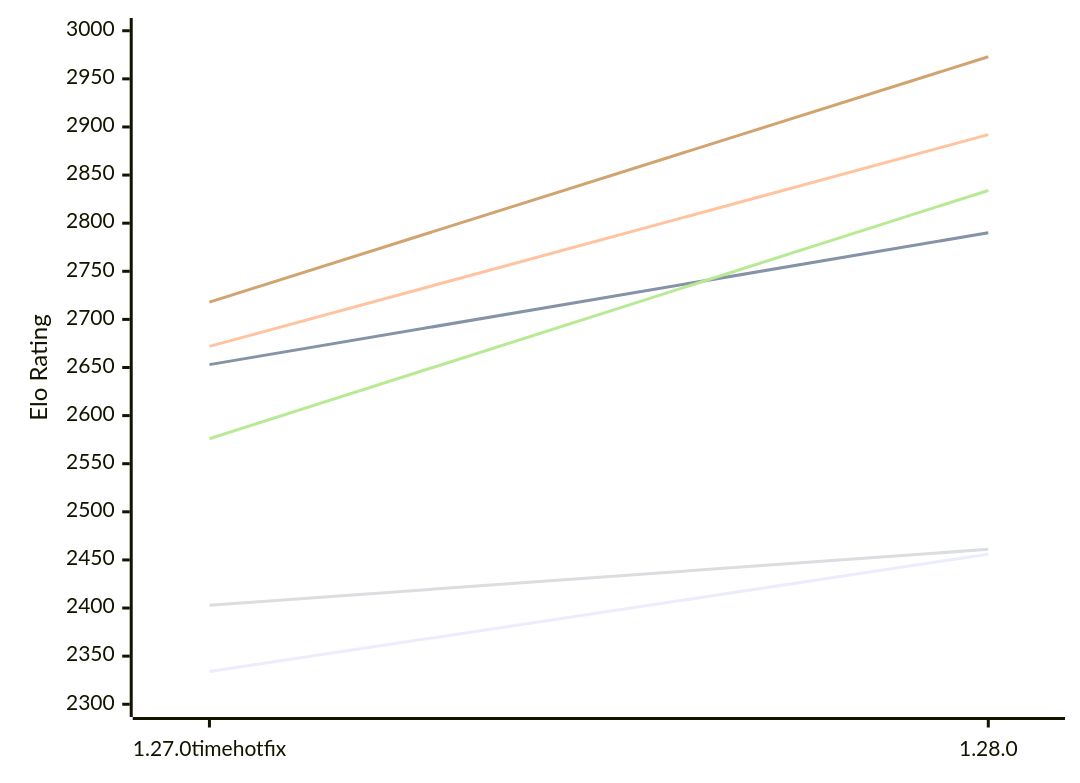
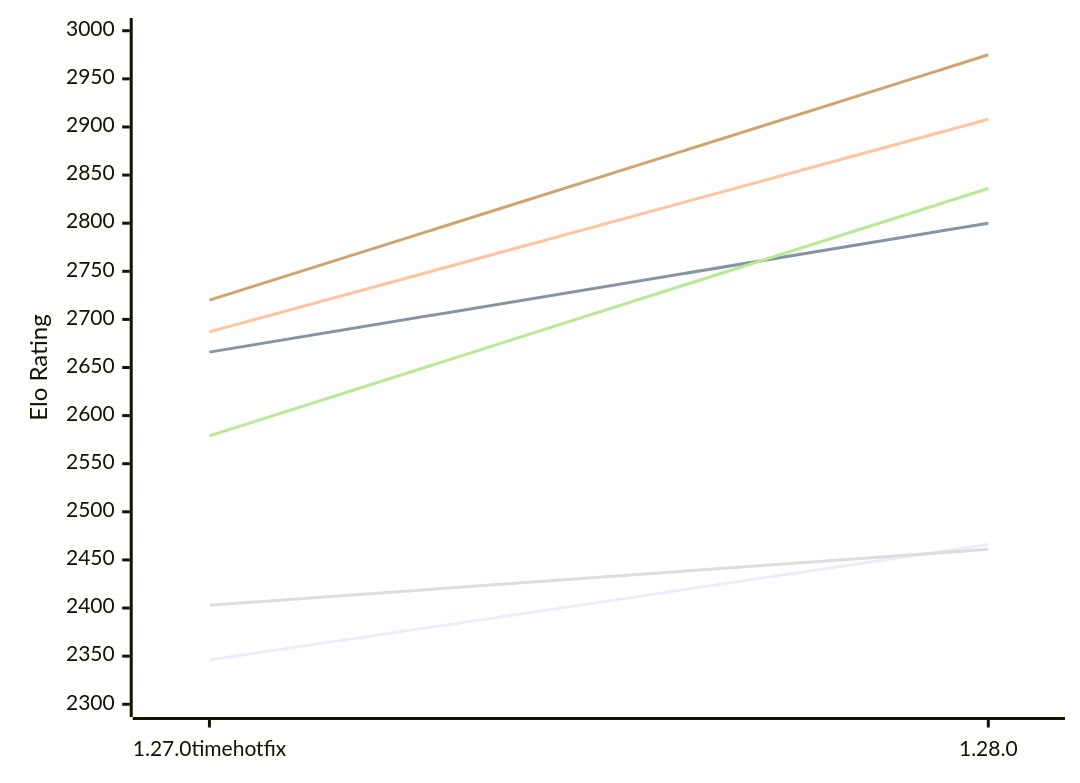
Before and after one commit to computer-chess-index/cci: the first of 2 diagrams in engines/Aurora.md, drawn with Mermaid. The commit also changed other lines of this file, not shown here.

Commit message:
Update CCI Ratings (ELO VLTC) - 2026-10-22

````diff
--- a/engines/Aurora.md
+++ b/engines/Aurora.md
@@ -50,12 +50,12 @@
 ```mermaid
 %%{init: {"theme":"base","themeVariables":{"seriesColors:['#a3a3a3','#222221','#faa371']}}}%%
 xychart-beta
   x-axis ["1.27.0timehotfix", "1.28.0"]
   y-axis "Elo Rating" 2300 --> 3000
-  line "E1: STC (8.0+0.08s)" [2334, 2456]
-  line "E1: LTC (60.0+0.60s)" [2653, 2790]
-  line "E1: VLTC (2m24s+1.12s)" [2672, 2892]
+  line "E1: STC (8.0+0.08s)" [2346, 2466]
+  line "E1: LTC (60.0+0.60s)" [2666, 2800]
+  line "E1: VLTC (2m24s+1.12s)" [2687, 2908]
   line "P1: STC (8.0+0.08s)" [2403, 2461]
-  line "P1: LTC (60.0+0.60s)" [2576, 2834]
-  line "P1: VLTC (2m24s+1.12s)" [2718, 2973]
+  line "P1: LTC (60.0+0.60s)" [2579, 2836]
+  line "P1: VLTC (2m24s+1.12s)" [2720, 2975]
 ```
````
